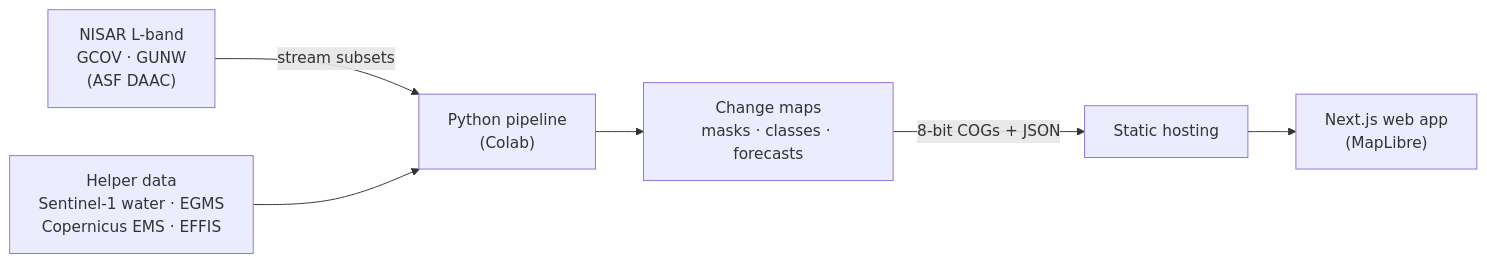
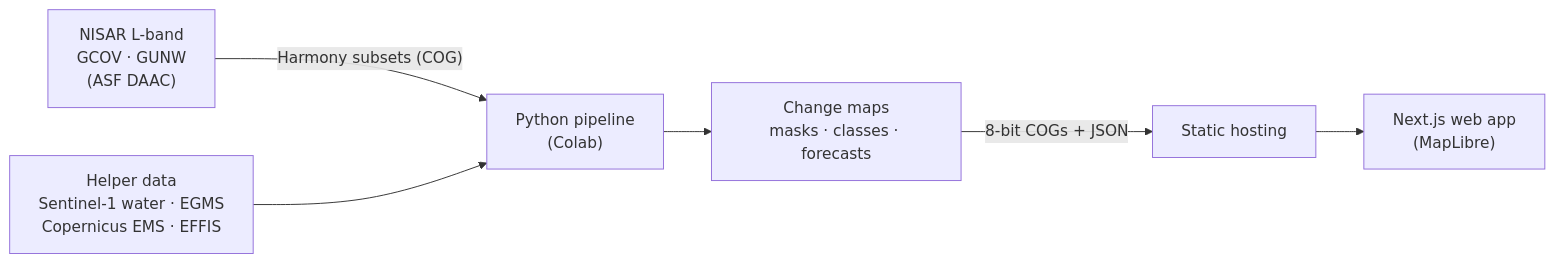
One commit to ilijachrchev/synthetic-aperture-radar changed the diagram in README.md. Above: the diagram before and after it, drawn with Mermaid. The commit also changed other lines of this file, not shown here.

````diff
--- a/README.md
+++ b/README.md
@@ -28,8 +41,8 @@
 ```mermaid
 flowchart LR
-    A["NISAR L-band<br/>GCOV · GUNW<br/>(ASF DAAC)"] -->|stream subsets| B["Python pipeline<br/>(Colab)"]
+    A["NISAR L-band<br/>GCOV · GUNW<br/>(ASF DAAC)"] -->|"Harmony subsets (COG)"| B["Python pipeline<br/>(Colab)"]
     S["Helper data<br/>Sentinel-1 water · EGMS<br/>Copernicus EMS · EFFIS"] --> B
     B --> C["Change maps<br/>masks · classes · forecasts"]
     C -->|"8-bit COGs + JSON"| D["Static hosting"]
     D --> E["Next.js web app<br/>(MapLibre)"]
 ```
````
